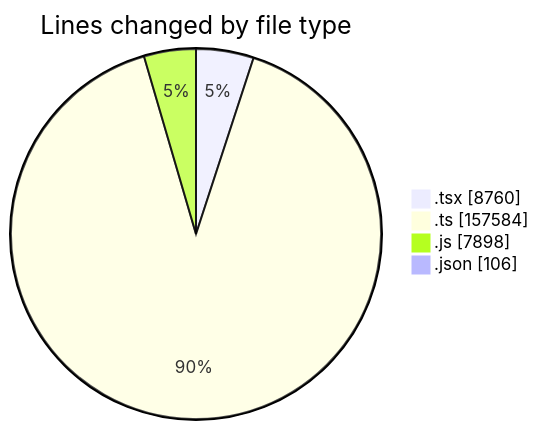
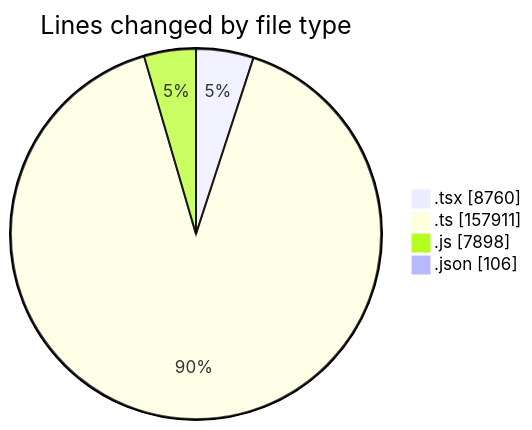
The first of 2 diagrams in 2026-07-30/cda/README.md (momahboobian/code-tracking), drawn with Mermaid before and after one commit. The commit also changed other lines of this file and 1 other file, not shown here.

````diff
--- a/2026-07-30/cda/README.md
+++ b/2026-07-30/cda/README.md
@@ -58,8 +58,8 @@
 ```mermaid
 pie showData
 title Lines changed by file type
 ".tsx" : 8760
-".ts" : 157584
+".ts" : 157911
 ".js" : 7898
 ".json" : 106
 ```
````
